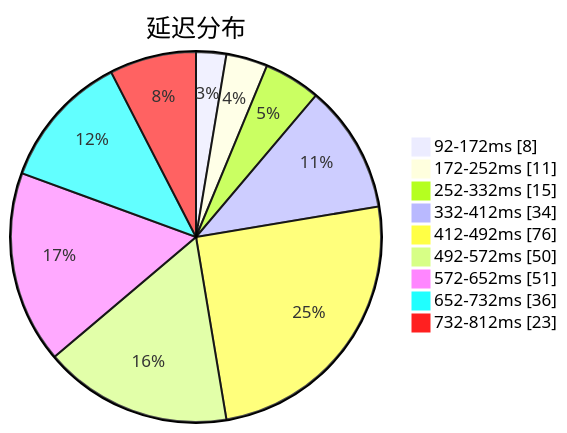
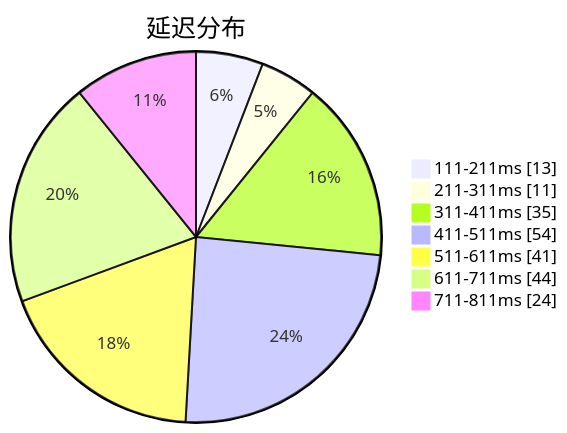
One commit to sinspired/airport changed the first of 3 diagrams in subs/statistics/tested_within.md. Above: the diagram before and after it, drawn with Mermaid. The commit also changed other lines of this file and 2 other files, not shown here.

````diff
--- a/subs/statistics/tested_within.md
+++ b/subs/statistics/tested_within.md
@@ -2,13 +2,11 @@
 ```mermaid
 pie showData
 title 延迟分布
-"92-172ms" : 8
-"172-252ms" : 11
-"252-332ms" : 15
-"332-412ms" : 34
-"412-492ms" : 76
-"492-572ms" : 50
-"572-652ms" : 51
-"652-732ms" : 36
-"732-812ms" : 23
+"111-211ms" : 13
+"211-311ms" : 11
+"311-411ms" : 35
+"411-511ms" : 54
+"511-611ms" : 41
+"611-711ms" : 44
+"711-811ms" : 24
 ```
````
